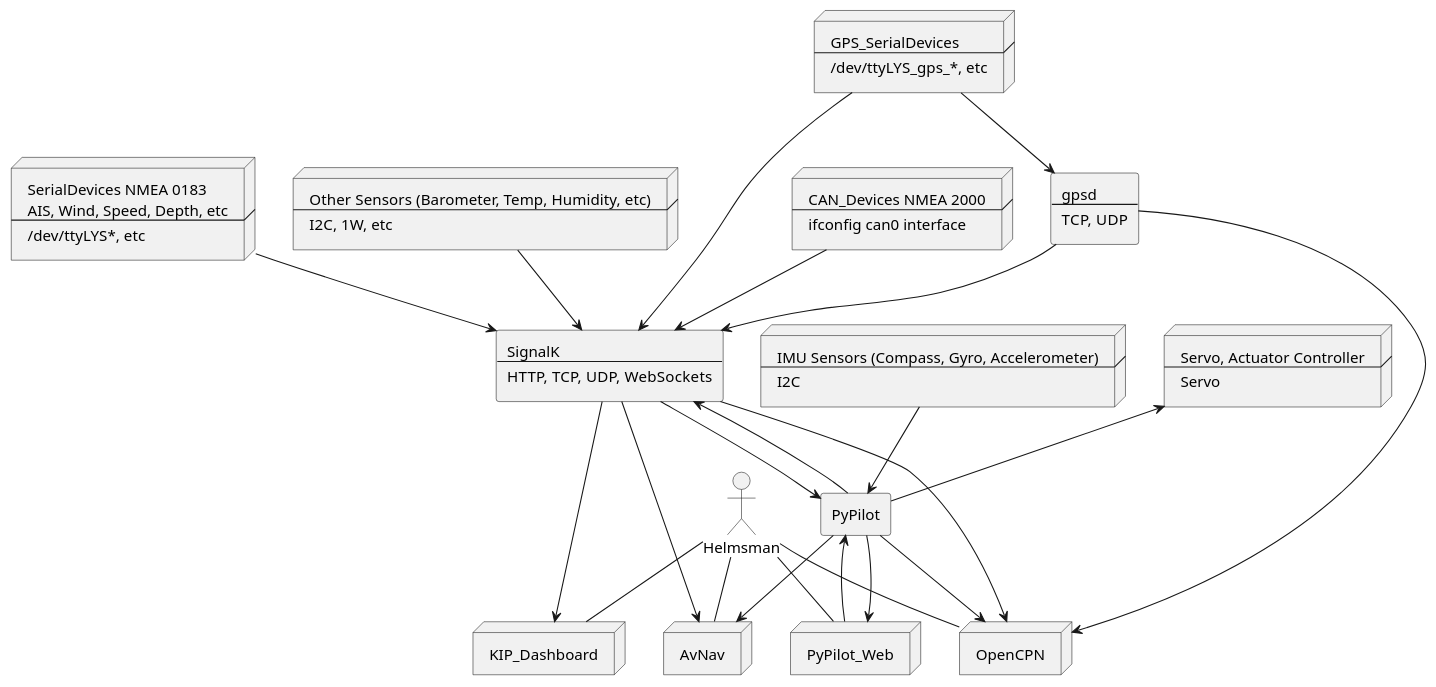
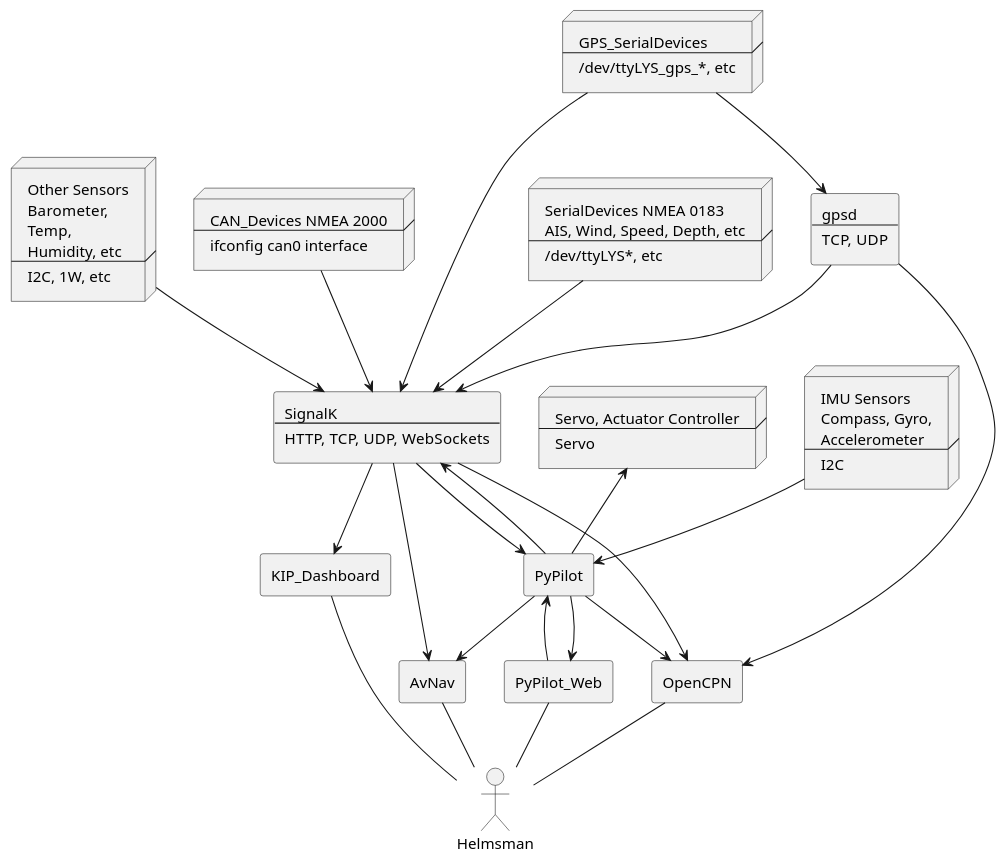
One commit to bareboat-necessities/my-bareboat changed the diagram in docs/plantuml/bbn-os-data-flow.puml. Above: the diagram before and after it, drawn with PlantUML.

```diff
--- a/docs/plantuml/bbn-os-data-flow.puml
+++ b/docs/plantuml/bbn-os-data-flow.puml
@@ -1,87 +1,92 @@
 @startuml
 actor Helmsman [
  Helmsman
 ]
-node OpenCPN [
+rectangle OpenCPN [
  OpenCPN
 ]
-node AvNav [
+rectangle AvNav [
  AvNav
 ]
-node PyPilot_Web [
+rectangle PyPilot_Web [
  PyPilot_Web
 ]
-node KIP_Dashboard [
+rectangle KIP_Dashboard [
  KIP_Dashboard
 ]
 rectangle gpsd [
  gpsd
  ----
  TCP, UDP
 ]
 rectangle SignalK [
  SignalK
  ----
  HTTP, TCP, UDP, WebSockets
 ]
 rectangle PyPilot [
  PyPilot
 ]
 node GPS_SerialDevices [
  GPS_SerialDevices
  ----
  /dev/ttyLYS_gps_*, etc
 ]
 node CanBus_Devices [
  CAN_Devices NMEA 2000
  ----
  ifconfig can0 interface
 ]
 node SerialDevices [
  SerialDevices NMEA 0183
  AIS, Wind, Speed, Depth, etc
  ----
  /dev/ttyLYS*, etc
 ]
 node OtherSensors [
- Other Sensors (Barometer, Temp, Humidity, etc)
+ Other Sensors
+ Barometer,
+ Temp,
+ Humidity, etc
  ----
  I2C, 1W, etc
 ]
 node IMU [
- IMU Sensors (Compass, Gyro, Accelerometer)
+ IMU Sensors
+ Compass, Gyro,
+ Accelerometer
  ----
  I2C
 ]
 node Servo [
  Servo, Actuator Controller
  ----
  Servo
 ]
 
 GPS_SerialDevices --> gpsd
 GPS_SerialDevices --> SignalK
 SerialDevices --> SignalK
 CanBus_Devices --> SignalK
 OtherSensors --> SignalK
 IMU --> PyPilot
 Servo <-- PyPilot
 gpsd --> SignalK
 gpsd --> OpenCPN
 PyPilot --> OpenCPN
 PyPilot --> AvNav
 PyPilot --> SignalK
 SignalK --> OpenCPN
 SignalK --> PyPilot
 SignalK --> AvNav
 SignalK --> KIP_Dashboard
 
 PyPilot <-- PyPilot_Web
 PyPilot --> PyPilot_Web
 
-Helmsman -- PyPilot_Web
-Helmsman -- OpenCPN
-Helmsman -- AvNav
-Helmsman -- KIP_Dashboard
+Helmsman -u- PyPilot_Web
+Helmsman -u- OpenCPN
+Helmsman -u- AvNav
+Helmsman -u- KIP_Dashboard
 
 @enduml
```
